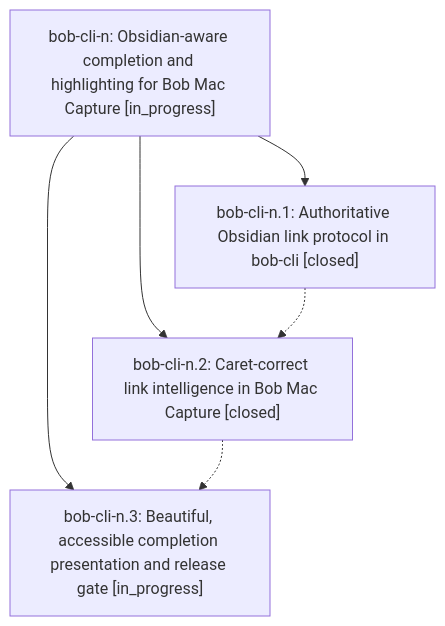
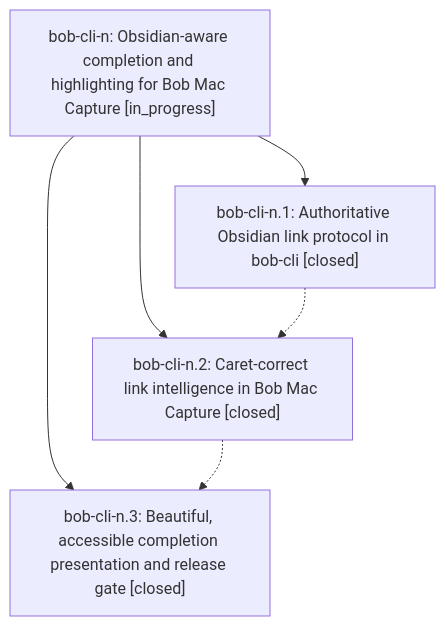
The diagram in pages/bob-cli-n/README.md (bobs-org/bob-cli--beads), drawn with Mermaid before and after one commit. The commit also changed other lines of this file and 2 other files, not shown here.

First line of the commit message:
chore(beads): sync bead state and pages for bob-cli-n

````diff
--- a/pages/bob-cli-n/README.md
+++ b/pages/bob-cli-n/README.md
@@ -24,12 +28,12 @@
 ```mermaid
 flowchart TD
     n0["bob-cli-n: Obsidian-aware completion and highlighting for Bob Mac Capture [in_progress]"]
     n1["bob-cli-n.1: Authoritative Obsidian link protocol in bob-cli [closed]"]
     n2["bob-cli-n.2: Caret-correct link intelligence in Bob Mac Capture [closed]"]
-    n3["bob-cli-n.3: Beautiful, accessible completion presentation and release gate [in_progress]"]
+    n3["bob-cli-n.3: Beautiful, accessible completion presentation and release gate [closed]"]
     n0 --> n1
     n0 --> n2
     n0 --> n3
     n1 -.-> n2
     n2 -.-> n3
 ```
````
